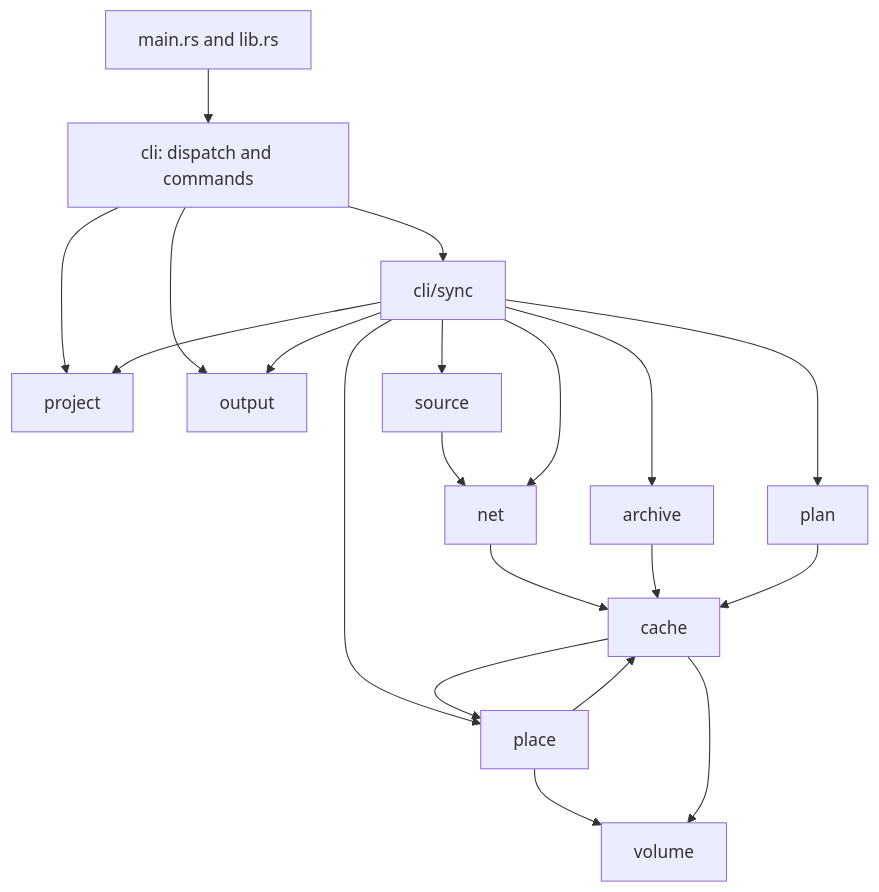
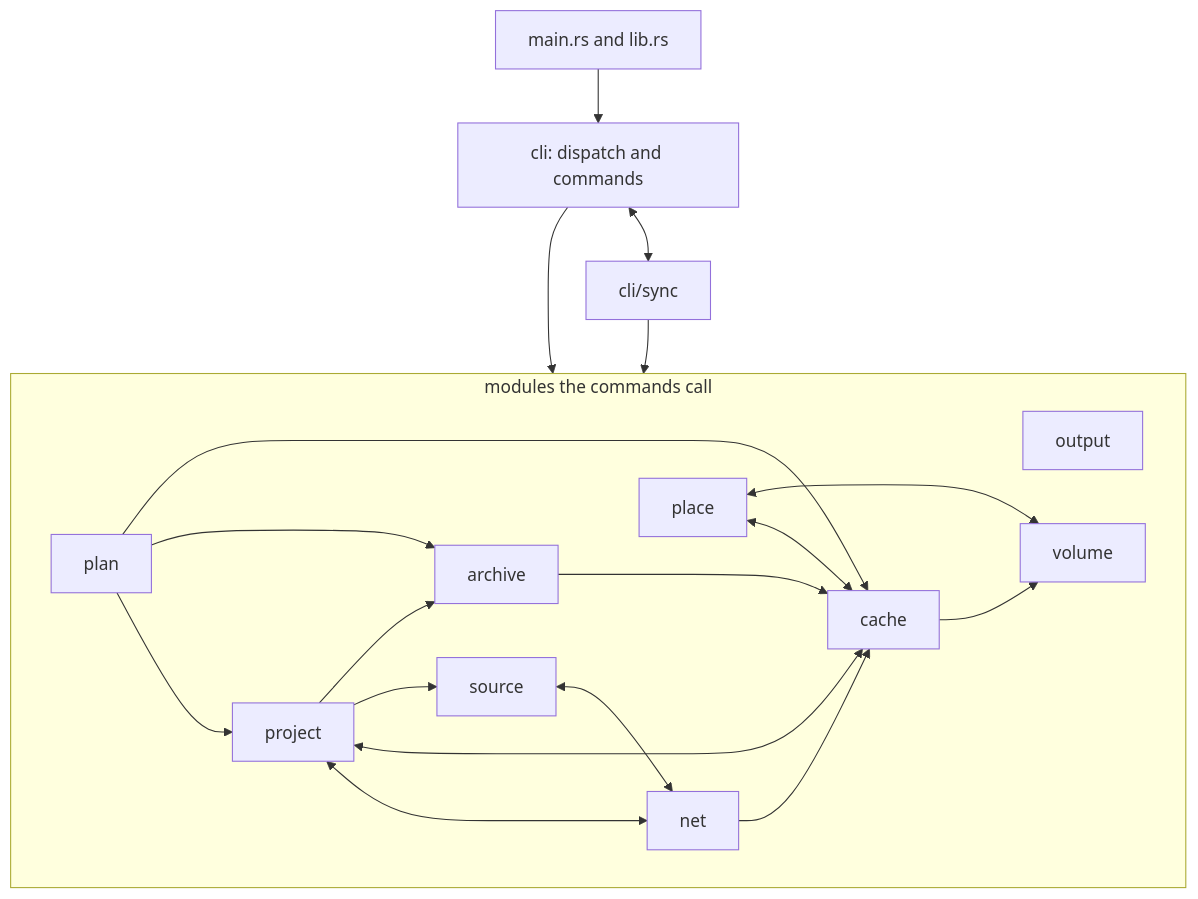
Before and after one commit to nikhil-yn-aix/fetchloom: the first of 2 diagrams in docs/dev/architecture/README.md, drawn with Mermaid. The commit also changed other lines of this file and 1 other file, not shown here.

Commit message:
draw the module calls the code makes

````diff
--- a/docs/dev/architecture/README.md
+++ b/docs/dev/architecture/README.md
@@ -9,22 +9,31 @@
 ```mermaid
 flowchart TD
     entry["main.rs and lib.rs"] --> cli["cli: dispatch and commands"]
-    cli --> sync["cli/sync"]
-    cli --> project["project"]
-    cli --> output["output"]
-    sync --> project
-    sync --> source["source"]
-    source --> net["net"]
-    sync --> net
-    net --> cache["cache"]
-    sync --> archive["archive"]
-    archive --> cache
-    sync --> plan["plan"]
-    plan --> cache
-    sync --> place["place"]
-    place --> cache
-    cache --> place
-    place --> volume["volume"]
-    cache --> volume
-    sync --> output
+    cli <--> sync["cli/sync"]
+    subgraph lower ["modules the commands call"]
+        output["output"]
+        project["project"]
+        source["source"]
+        net["net"]
+        archive["archive"]
+        plan["plan"]
+        cache["cache"]
+        place["place"]
+        volume["volume"]
+        project <--> net
+        project <--> cache
+        project --> source
+        project --> archive
+        source <--> net
+        net --> cache
+        archive --> cache
+        plan --> project
+        plan --> archive
+        plan --> cache
+        place <--> cache
+        place <--> volume
+        cache --> volume
+    end
+    cli --> lower
+    sync --> lower
 ```
````
